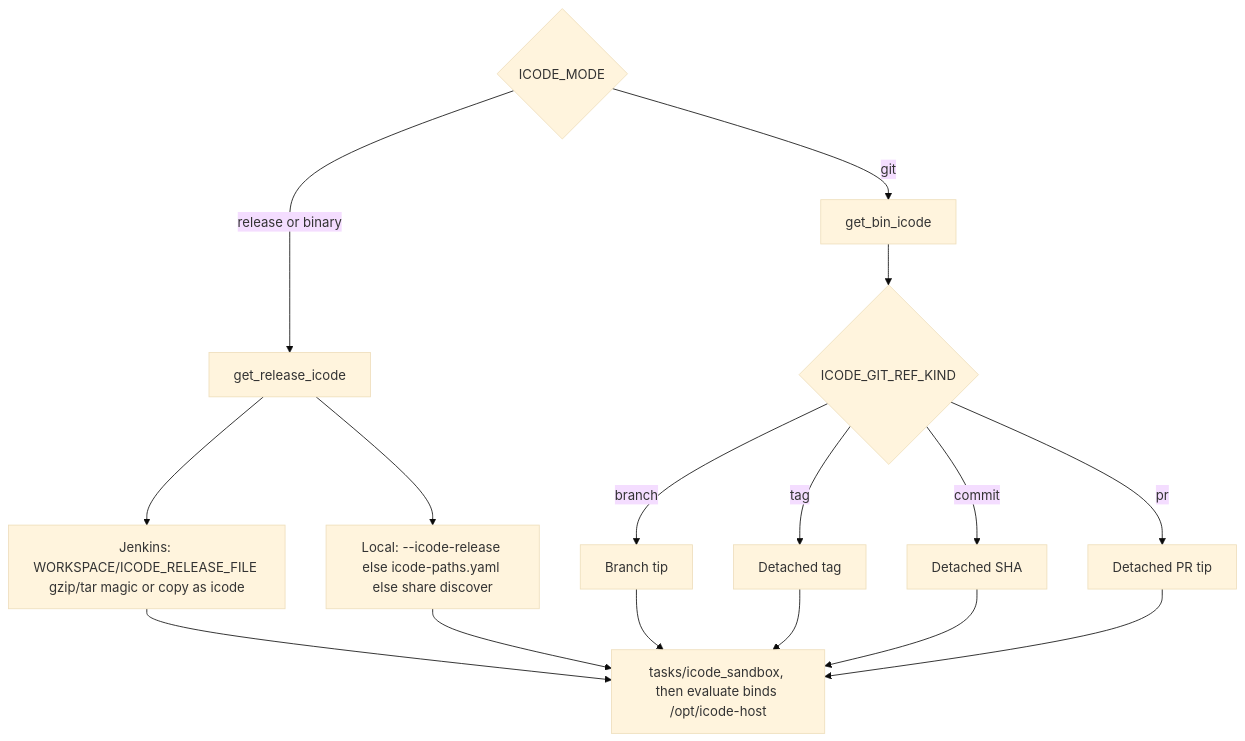
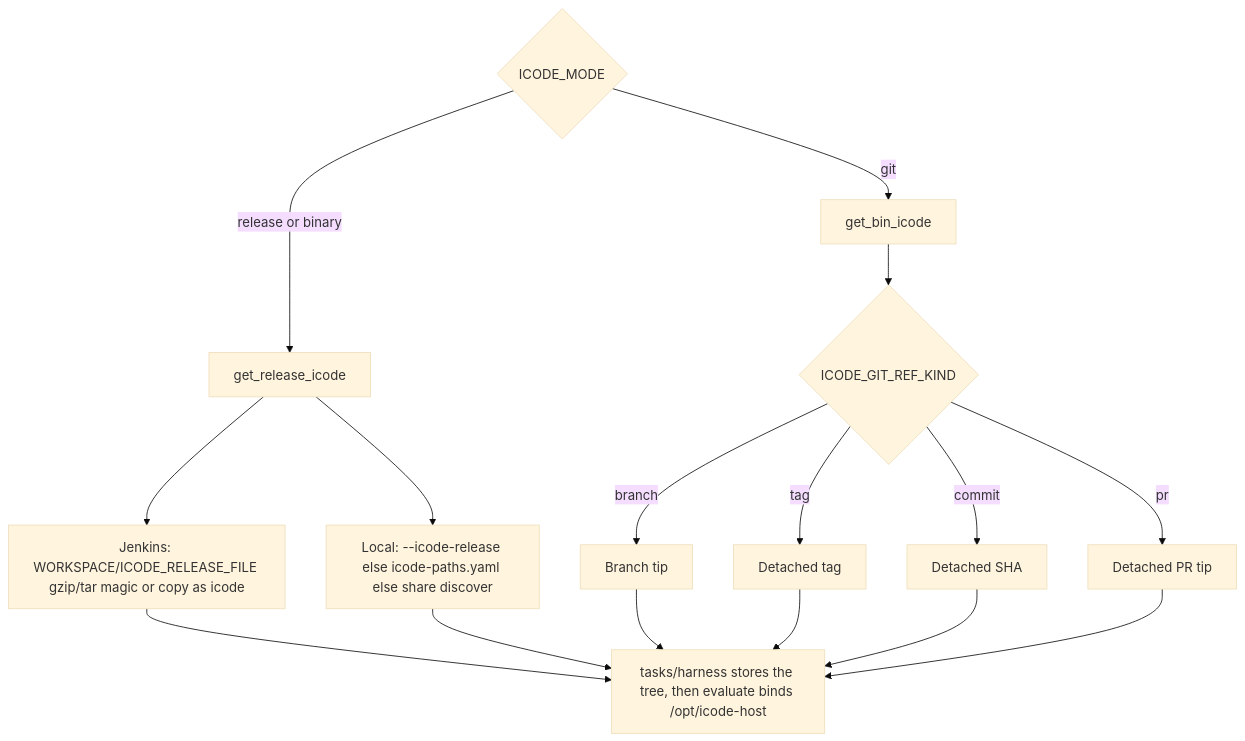
Before and after one commit to MichaelLing83/mac-k3d: the diagram in docs/icode-harness-inputs.md, drawn with Mermaid (base theme). The commit also changed other lines of this file and 82 other files, not shown here.

````diff
--- a/docs/icode-harness-inputs.md
+++ b/docs/icode-harness-inputs.md
@@ -14,19 +14,19 @@
 ```mermaid
 flowchart TD
   mode{ICODE_MODE}
   mode -->|release or binary| relFn[get_release_icode]
   mode -->|git| gitFn[get_bin_icode]
   relFn --> jenkinsUp["Jenkins: WORKSPACE/ICODE_RELEASE_FILE gzip/tar magic or copy as icode"]
   relFn --> localR["Local: --icode-release else icode-paths.yaml else share discover"]
   gitFn --> kinds{ICODE_GIT_REF_KIND}
   kinds -->|branch| br[Branch tip]
   kinds -->|tag| tg[Detached tag]
   kinds -->|commit| cm[Detached SHA]
   kinds -->|pr| prn[Detached PR tip]
-  jenkinsUp --> p5[tasks/icode_sandbox, then evaluate binds /opt/icode-host]
+  jenkinsUp --> p5[tasks/harness stores the tree, then evaluate binds /opt/icode-host]
   localR --> p5
   br --> p5
   tg --> p5
   cm --> p5
   prn --> p5
 ```
````
